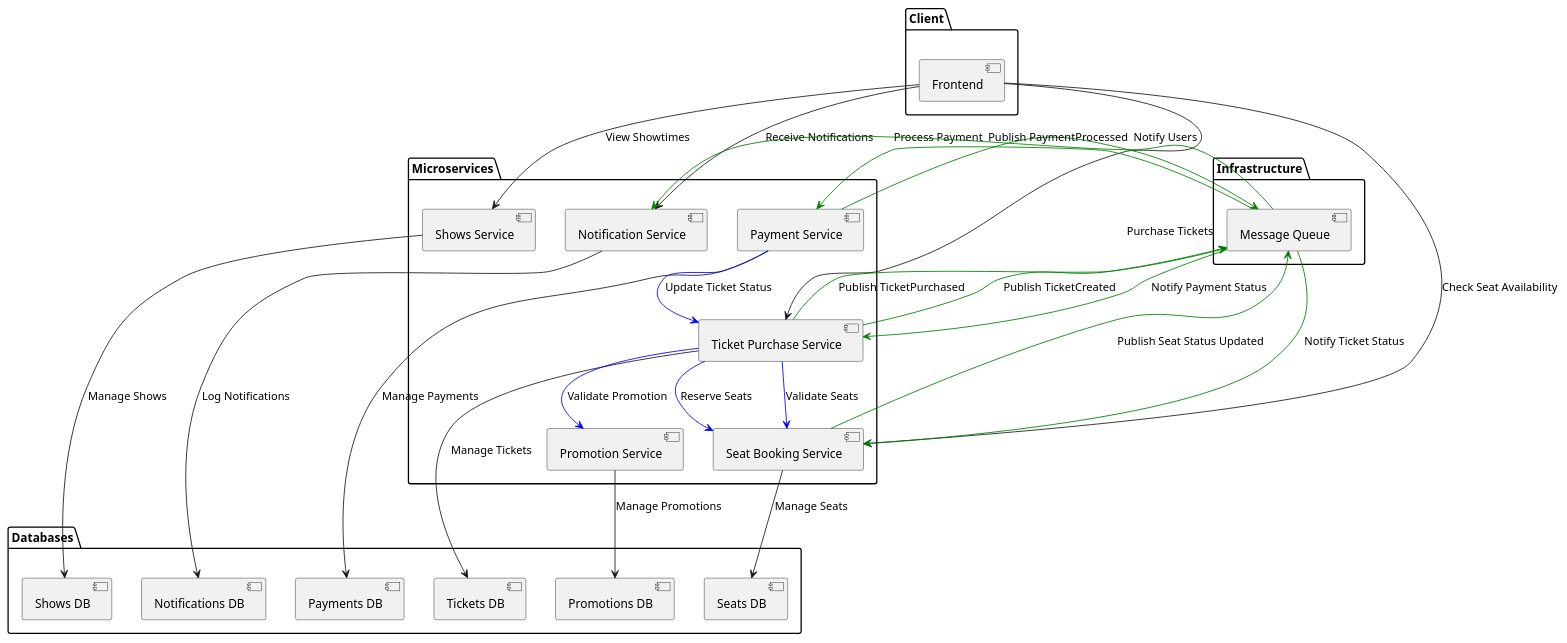
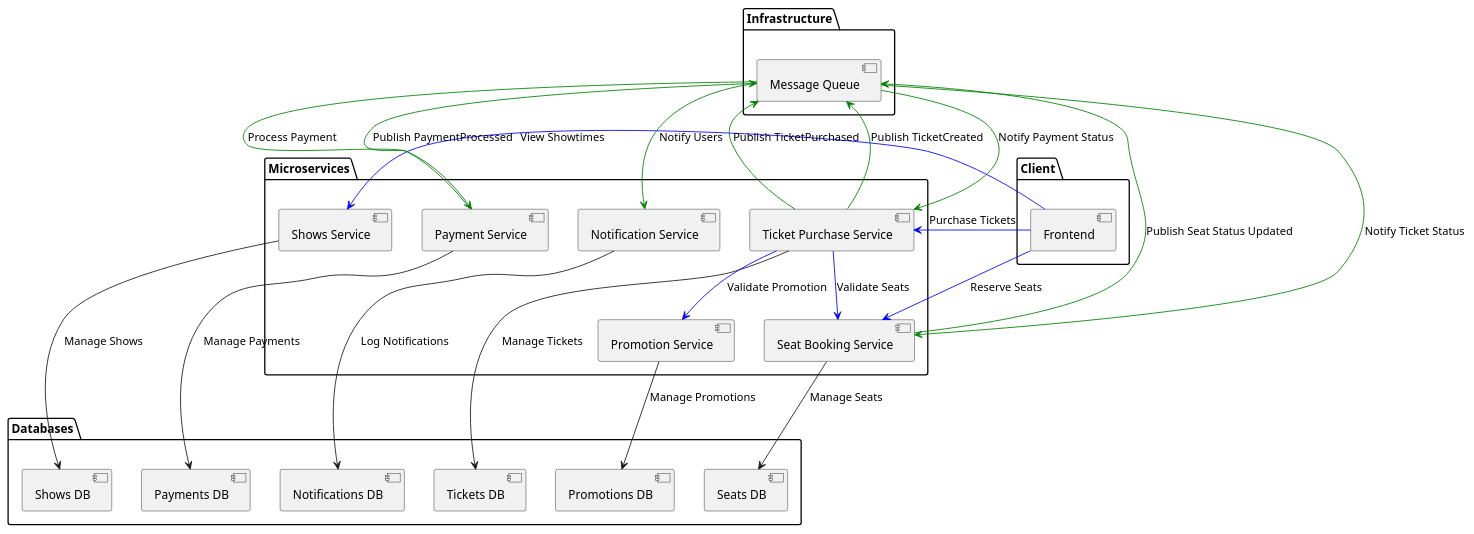
The diagram in plantUML_componentsDiagExample.puml (dcer1989/GestionTicketsMS), drawn with PlantUML before and after one commit.

Commit message:
Se actualiza plantUML_componentsDiagExample.puml

```diff
--- a/plantUML_componentsDiagExample.puml
+++ b/plantUML_componentsDiagExample.puml
@@ -1,60 +1,54 @@
 @startuml CinemaMicroservicesArchitecture
 
 package "Client" {
     [Frontend]
 }
 
 package "Microservices" {
     [Shows Service] as ShowsService
     [Seat Booking Service] as SeatBookingService
     [Ticket Purchase Service] as TicketPurchaseService
     [Payment Service] as PaymentService
     [Notification Service] as NotificationService
     [Promotion Service] as PromotionService
 }
 
 package "Databases" {
     [Shows DB] as ShowsDB
     [Seats DB] as SeatsDB
     [Tickets DB] as TicketsDB
     [Payments DB] as PaymentsDB
     [Notifications DB] as NotificationsDB
     [Promotions DB] as PromotionsDB
 }
 
 package "Infrastructure" {
     [Message Queue] as MessageQueue
 }
 
 ' Relaciones entre los microservicios y sus bases de datos
 ShowsService --> ShowsDB : Manage Shows
 SeatBookingService --> SeatsDB : Manage Seats
 TicketPurchaseService --> TicketsDB : Manage Tickets
 PaymentService --> PaymentsDB : Manage Payments
 NotificationService --> NotificationsDB : Log Notifications
 PromotionService --> PromotionsDB : Manage Promotions
 
-' Relaciones entre los microservicios
-Frontend --> ShowsService : View Showtimes
-Frontend --> SeatBookingService : Check Seat Availability
-Frontend -up-> TicketPurchaseService : Purchase Tickets
-Frontend --> NotificationService : Receive Notifications
-' Frontend --> PromotionService : View Promotions
-
 ' Comunicaciones síncronas (en azul)
-TicketPurchaseService -[#blue]-> SeatBookingService : Reserve Seats
+Frontend -[#blue]-> ShowsService : View Showtimes
+Frontend -[#blue]-> SeatBookingService : Reserve Seats
+Frontend -up[#blue]-> TicketPurchaseService : Purchase Tickets
 TicketPurchaseService -[#blue]-> SeatBookingService : Validate Seats
 TicketPurchaseService -[#blue]-> PromotionService : Validate Promotion
-PaymentService -[#blue]-> TicketPurchaseService : Update Ticket Status
 
 ' Comunicaciones asíncronas (en verde)
 TicketPurchaseService -[#green]-> MessageQueue : Publish TicketCreated
-MessageQueue -down[#green]-> PaymentService : Process Payment
+MessageQueue -[#green]-> PaymentService : Process Payment
 PaymentService -[#green]-> MessageQueue : Publish PaymentProcessed
 MessageQueue -[#green]-> TicketPurchaseService : Notify Payment Status
 TicketPurchaseService -up[#green]-> MessageQueue : Publish TicketPurchased
 MessageQueue -[#green]-> SeatBookingService : Notify Ticket Status
 SeatBookingService -[#green]-> MessageQueue : Publish Seat Status Updated
 MessageQueue -[#green]-> NotificationService : Notify Users
 
 @enduml
```
